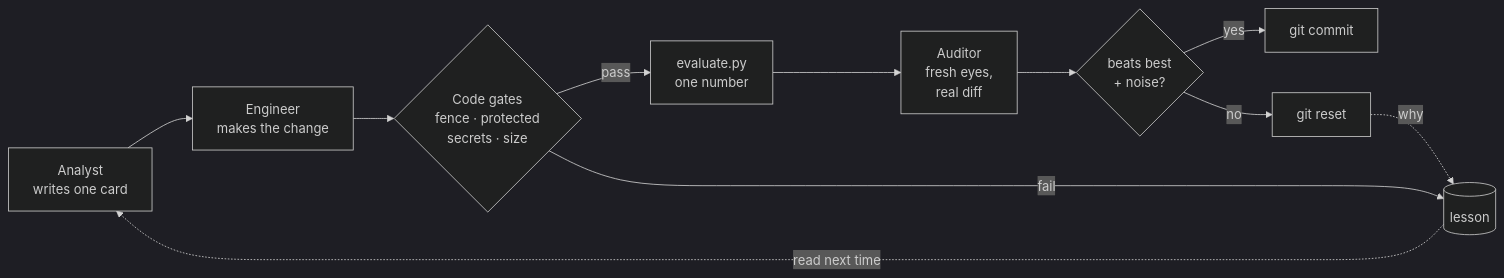
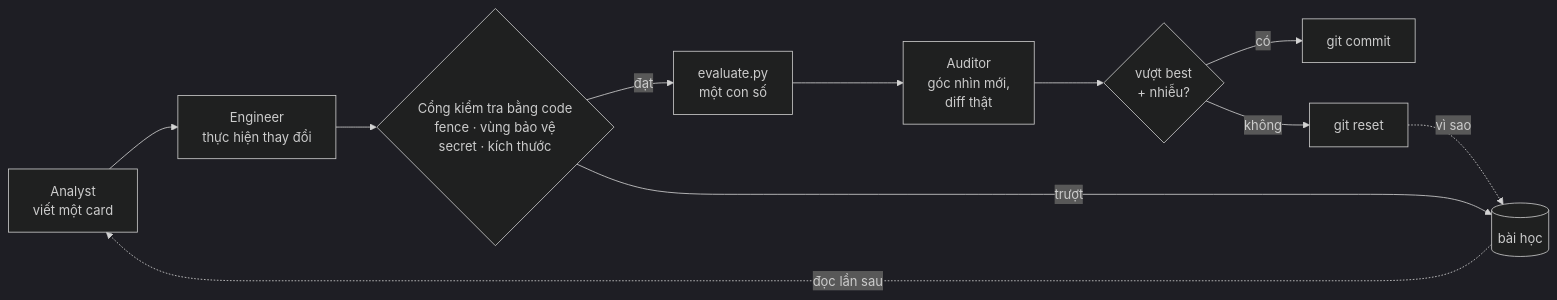
Before and after one commit to johnha912/keeploop: the diagram in README.vi.md, drawn with Mermaid (dark theme). The commit also changed other lines of this file and 4 other files, not shown here.

First line of the commit message:
Sync translated READMEs: prompt, diagram, alt text, current team.yaml

````diff
--- a/README.vi.md
+++ b/README.vi.md
@@ -193,13 +193,13 @@
 ```mermaid
 flowchart LR
-    A[Analyst<br/>writes one card] --> E[Engineer<br/>makes the change]
-    E --> G{Code gates<br/>fence · protected<br/>secrets · size}
-    G -- pass --> V[evaluate.py<br/>one number]
-    V --> U[Auditor<br/>fresh eyes,<br/>real diff]
-    U --> C{beats best<br/>+ noise?}
-    C -- yes --> K[git commit]
-    C -- no --> D[git reset]
-    G -- fail --> L[(lesson)]
-    D -. why .-> L
-    L -. read next time .-> A
+    A[Analyst<br/>viết một card] --> E[Engineer<br/>thực hiện thay đổi]
+    E --> G{Cổng kiểm tra bằng code<br/>fence · vùng bảo vệ<br/>secret · kích thước}
+    G -- đạt --> V[evaluate.py<br/>một con số]
+    V --> U[Auditor<br/>góc nhìn mới,<br/>diff thật]
+    U --> C{vượt best<br/>+ nhiễu?}
+    C -- có --> K[git commit]
+    C -- không --> D[git reset]
+    G -- trượt --> L[(bài học)]
+    D -. vì sao .-> L
+    L -. đọc lần sau .-> A
 ```
````
